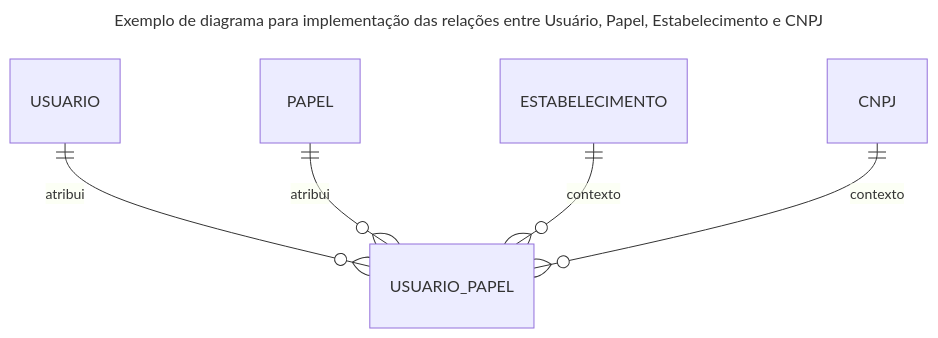
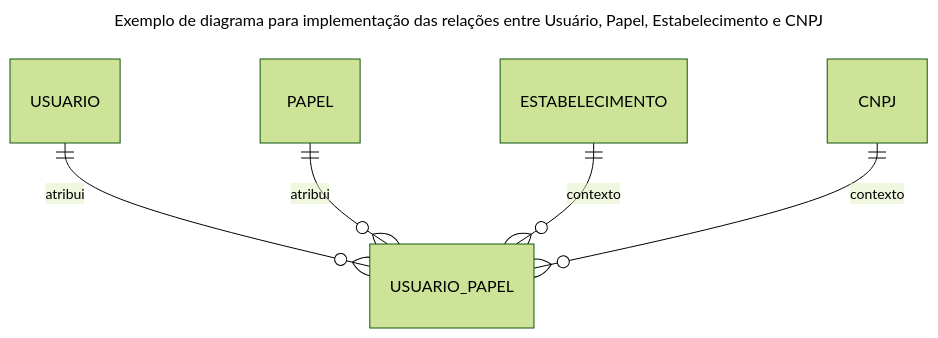
The third of 3 diagrams in docsFpbpo/docs/pifpbpo/PIFPBPO003.md (projeto-af/fpbpo-documentation), drawn with Mermaid before and after one commit. The commit also changed other lines of this file and 6 other files, not shown here.

````diff
--- a/docsFpbpo/docs/pifpbpo/PIFPBPO003.md
+++ b/docsFpbpo/docs/pifpbpo/PIFPBPO003.md
@@ -110,10 +116,13 @@
 ```mermaid
 ---
 title: Exemplo de diagrama para implementação das relações entre Usuário, Papel, Estabelecimento e CNPJ
 ---
+%%{
+  init: { 'theme': 'forest' }
+}%%
 erDiagram
     USUARIO ||--o{ USUARIO_PAPEL : atribui
     PAPEL ||--o{ USUARIO_PAPEL : atribui
     ESTABELECIMENTO ||--o{ USUARIO_PAPEL : contexto
     CNPJ ||--o{ USUARIO_PAPEL : contexto
 ```
````
